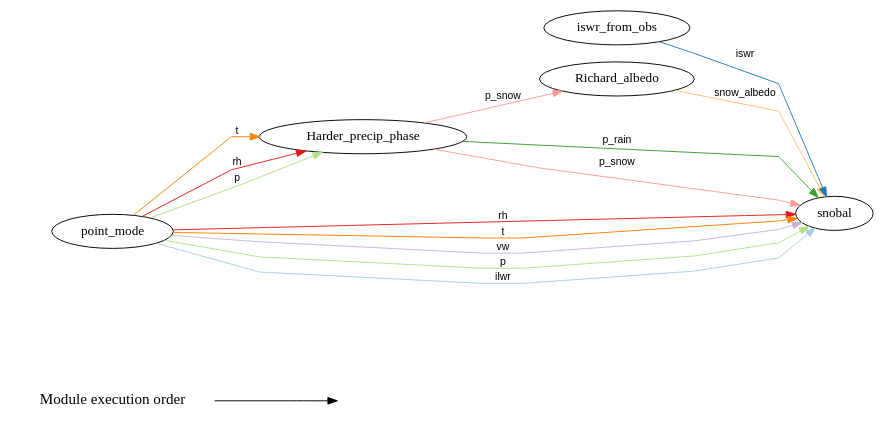
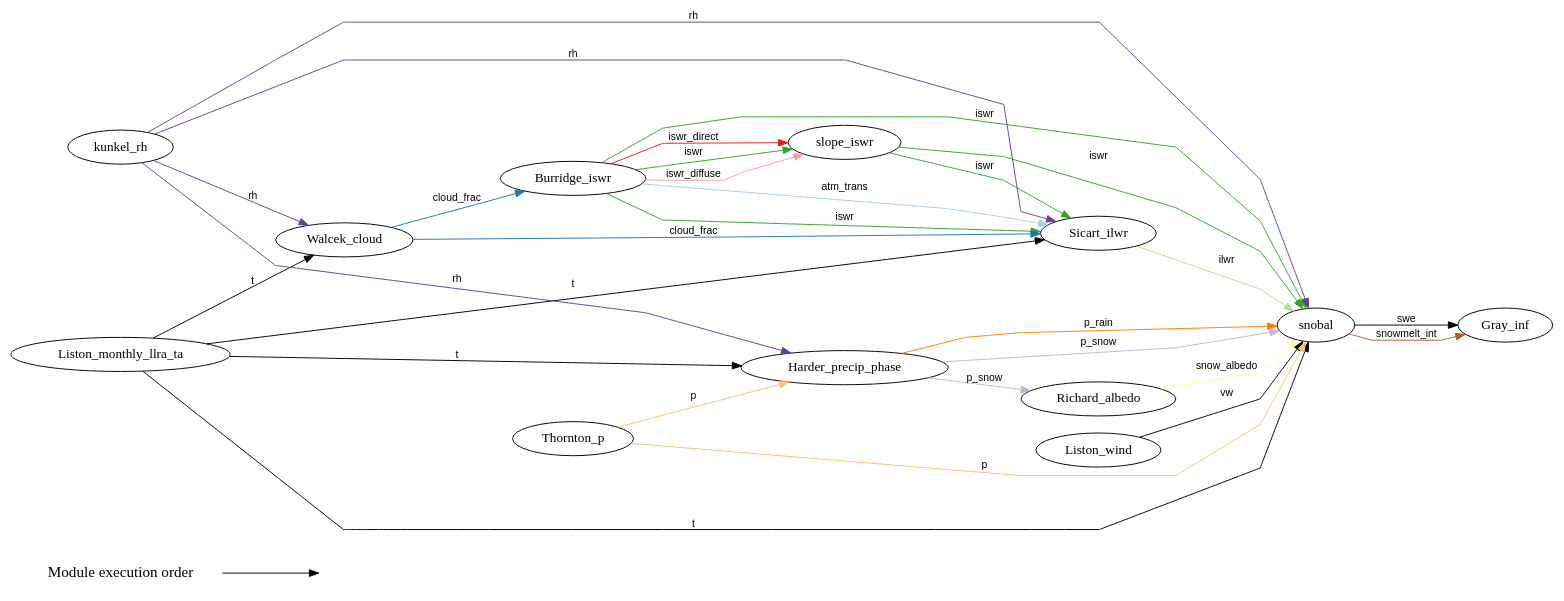
The diagram in modules.dot (Chrismarsh/CHM), drawn with Graphviz before and after one commit. The commit also changed 2 other files, not shown here.

```diff
--- a/modules.dot
+++ b/modules.dot
@@ -1,85 +1,167 @@
 digraph G {
 	graph [rankdir=LR,
 		splines=polyline
 	];
 	{
 		node [fontsize=16,
 			shape=plaintext
 		];
 		"Module execution order"		 [fontsize=16,
 			shape=plaintext];
 		""		 [fontsize=16,
 			shape=plaintext];
 		"Module execution order" -> "";
 	}
-	0	 [label=Harder_precip_phase];
-	1	 [label=Richard_albedo];
-	0 -> 1	 [color="/paired12/5",
+	0	 [label=Burridge_iswr];
+	6	 [label=Sicart_ilwr];
+	0 -> 6	 [color="/paired12/4",
+		edgetype=iswr,
+		fontname=Helvetica,
+		fontsize=11,
+		label=iswr];
+	0 -> 6	 [color="/paired12/1",
+		edgetype=atm_trans,
+		fontname=Helvetica,
+		fontsize=11,
+		label=atm_trans];
+	10	 [label=slope_iswr];
+	0 -> 10	 [color="/paired12/4",
+		edgetype=iswr,
+		fontname=Helvetica,
+		fontsize=11,
+		label=iswr];
+	0 -> 10	 [color="/paired12/5",
+		edgetype=iswr_diffuse,
+		fontname=Helvetica,
+		fontsize=11,
+		label=iswr_diffuse];
+	0 -> 10	 [color="/paired12/6",
+		edgetype=iswr_direct,
+		fontname=Helvetica,
+		fontsize=11,
+		label=iswr_direct];
+	11	 [label=snobal];
+	0 -> 11	 [color="/paired12/4",
+		edgetype=iswr,
+		fontname=Helvetica,
+		fontsize=11,
+		label=iswr];
+	1	 [label=Gray_inf];
+	2	 [label=Harder_precip_phase];
+	5	 [label=Richard_albedo];
+	2 -> 5	 [color="/paired12/9",
 		edgetype=p_snow,
 		fontname=Helvetica,
 		fontsize=11,
 		label=p_snow];
-	4	 [label=snobal];
-	0 -> 4	 [color="/paired12/4",
+	2 -> 11	 [color="/paired12/8",
 		edgetype=p_rain,
 		fontname=Helvetica,
 		fontsize=11,
 		label=p_rain];
-	0 -> 4	 [color="/paired12/5",
+	2 -> 11	 [color="/paired12/9",
 		edgetype=p_snow,
 		fontname=Helvetica,
 		fontsize=11,
 		label=p_snow];
-	1 -> 4	 [color="/paired12/7",
+	3	 [label=Liston_monthly_llra_ta];
+	3 -> 2	 [color="/paired12/14",
+		edgetype=t,
+		fontname=Helvetica,
+		fontsize=11,
+		label=t];
+	3 -> 6	 [color="/paired12/14",
+		edgetype=t,
+		fontname=Helvetica,
+		fontsize=11,
+		label=t];
+	8	 [label=Walcek_cloud];
+	3 -> 8	 [color="/paired12/14",
+		edgetype=t,
+		fontname=Helvetica,
+		fontsize=11,
+		label=t];
+	3 -> 11	 [color="/paired12/14",
+		edgetype=t,
+		fontname=Helvetica,
+		fontsize=11,
+		label=t];
+	4	 [label=Liston_wind];
+	4 -> 11	 [color="/paired12/15",
+		edgetype=vw,
+		fontname=Helvetica,
+		fontsize=11,
+		label=vw];
+	5 -> 11	 [color="/paired12/11",
 		edgetype=snow_albedo,
 		fontname=Helvetica,
 		fontsize=11,
 		label=snow_albedo];
-	2	 [label=iswr_from_obs];
-	2 -> 4	 [color="/paired12/2",
+	6 -> 11	 [color="/paired12/3",
+		edgetype=ilwr,
+		fontname=Helvetica,
+		fontsize=11,
+		label=ilwr];
+	7	 [label=Thornton_p];
+	7 -> 2	 [color="/paired12/7",
+		edgetype=p,
+		fontname=Helvetica,
+		fontsize=11,
+		label=p];
+	7 -> 11	 [color="/paired12/7",
+		edgetype=p,
+		fontname=Helvetica,
+		fontsize=11,
+		label=p];
+	8 -> 0	 [color="/paired12/2",
+		edgetype=cloud_frac,
+		fontname=Helvetica,
+		fontsize=11,
+		label=cloud_frac];
+	8 -> 6	 [color="/paired12/2",
+		edgetype=cloud_frac,
+		fontname=Helvetica,
+		fontsize=11,
+		label=cloud_frac];
+	9	 [label=kunkel_rh];
+	9 -> 2	 [color="/paired12/10",
+		edgetype=rh,
+		fontname=Helvetica,
+		fontsize=11,
+		label=rh];
+	9 -> 6	 [color="/paired12/10",
+		edgetype=rh,
+		fontname=Helvetica,
+		fontsize=11,
+		label=rh];
+	9 -> 8	 [color="/paired12/10",
+		edgetype=rh,
+		fontname=Helvetica,
+		fontsize=11,
+		label=rh];
+	9 -> 11	 [color="/paired12/10",
+		edgetype=rh,
+		fontname=Helvetica,
+		fontsize=11,
+		label=rh];
+	10 -> 6	 [color="/paired12/4",
 		edgetype=iswr,
 		fontname=Helvetica,
 		fontsize=11,
 		label=iswr];
-	3	 [label=point_mode];
-	3 -> 0	 [color="/paired12/8",
-		edgetype=t,
+	10 -> 11	 [color="/paired12/4",
+		edgetype=iswr,
 		fontname=Helvetica,
 		fontsize=11,
-		label=t];
-	3 -> 0	 [color="/paired12/6",
-		edgetype=rh,
+		label=iswr];
+	11 -> 1	 [color="/paired12/13",
+		edgetype=swe,
 		fontname=Helvetica,
 		fontsize=11,
-		label=rh];
-	3 -> 0	 [color="/paired12/3",
-		edgetype=p,
+		label=swe];
+	11 -> 1	 [color="/paired12/12",
+		edgetype=snowmelt_int,
 		fontname=Helvetica,
 		fontsize=11,
-		label=p];
-	3 -> 4	 [color="/paired12/6",
-		edgetype=rh,
-		fontname=Helvetica,
-		fontsize=11,
-		label=rh];
-	3 -> 4	 [color="/paired12/8",
-		edgetype=t,
-		fontname=Helvetica,
-		fontsize=11,
-		label=t];
-	3 -> 4	 [color="/paired12/9",
-		edgetype=vw,
-		fontname=Helvetica,
-		fontsize=11,
-		label=vw];
-	3 -> 4	 [color="/paired12/3",
-		edgetype=p,
-		fontname=Helvetica,
-		fontsize=11,
-		label=p];
-	3 -> 4	 [color="/paired12/1",
-		edgetype=ilwr,
-		fontname=Helvetica,
-		fontsize=11,
-		label=ilwr];
+		label=snowmelt_int];
 }
```
